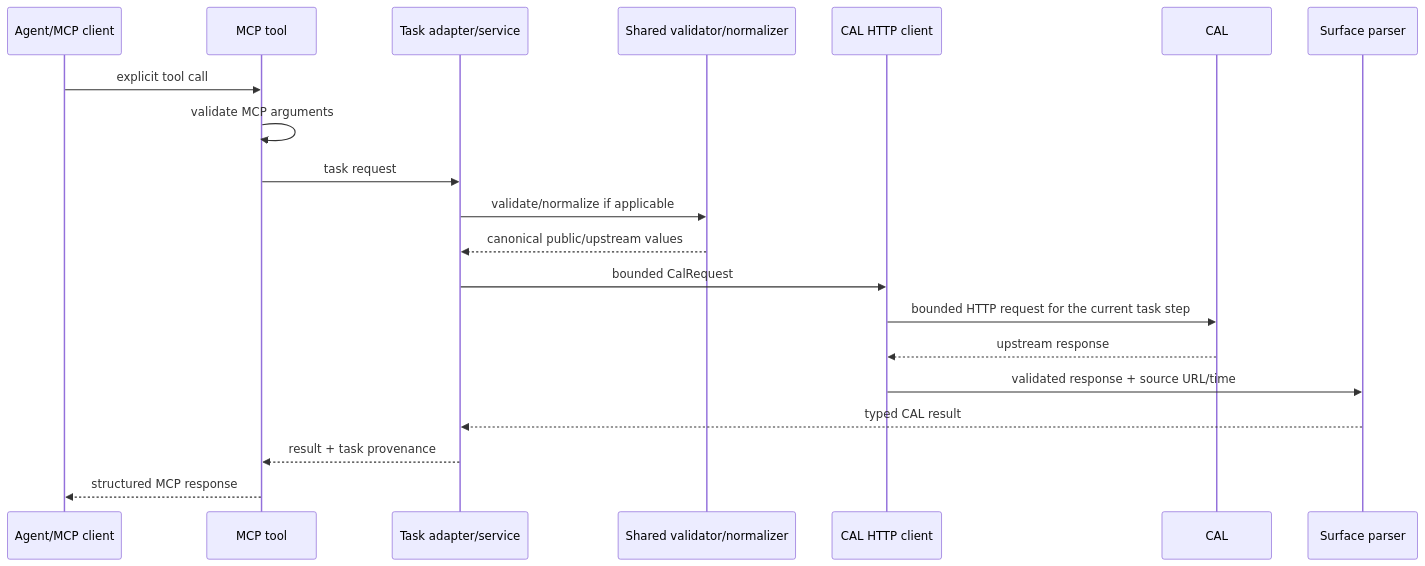
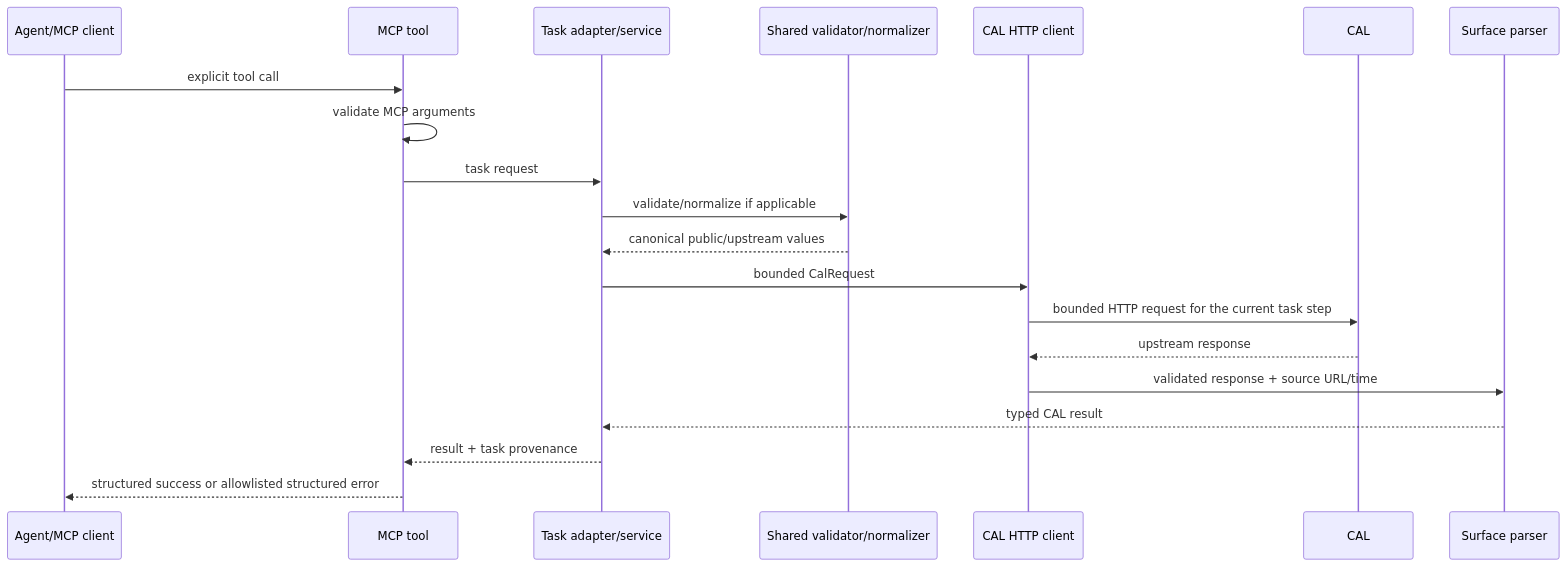
The fourth of 8 diagrams in wiki/architecture.md (alexsosn/CAL-MCP), drawn with Mermaid before and after one commit. The commit also changed other lines of this file and 3 other files, not shown here.

Commit message:
docs: record structured error boundary architecture

````diff
--- a/wiki/architecture.md
+++ b/wiki/architecture.md
@@ -209,23 +214,23 @@
 ```mermaid
 sequenceDiagram
     participant A as Agent/MCP client
     participant M as MCP tool
     participant S as Task adapter/service
     participant N as Shared validator/normalizer
     participant H as CAL HTTP client
     participant C as CAL
     participant P as Surface parser
 
     A->>M: explicit tool call
     M->>M: validate MCP arguments
     M->>S: task request
     S->>N: validate/normalize if applicable
     N-->>S: canonical public/upstream values
     S->>H: bounded CalRequest
     H->>C: bounded HTTP request for the current task step
     C-->>H: upstream response
     H->>P: validated response + source URL/time
     P-->>S: typed CAL result
     S-->>M: result + task provenance
-    M-->>A: structured MCP response
+    M-->>A: structured success or allowlisted structured error
 ```
````
